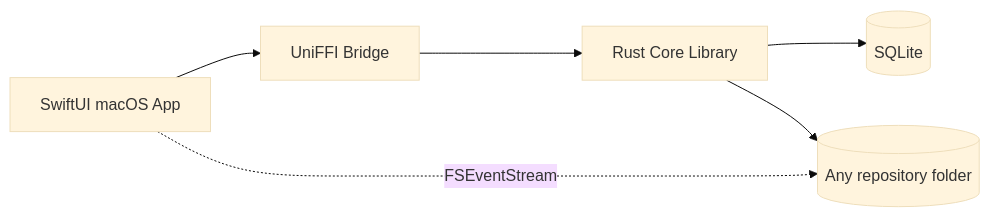
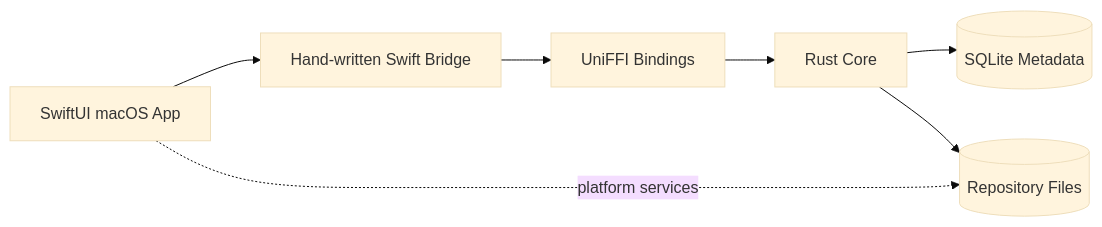
Before and after one commit to AreaSong/AreaMatrix: the diagram in README.md, drawn with Mermaid (base theme). The commit also changed other lines of this file and 63 other files, not shown here.

````diff
--- a/README.md
+++ b/README.md
@@ -38,13 +68,14 @@
 ```mermaid
 flowchart LR
     UI[SwiftUI macOS App]
-    FFI[UniFFI Bridge]
-    Core[Rust Core Library]
-    DB[(SQLite)]
-    Repo[(Any repository folder)]
+    Bridge[Hand-written Swift Bridge]
+    FFI[UniFFI Bindings]
+    Core[Rust Core]
+    DB[(SQLite Metadata)]
+    FS[(Repository Files)]
 
-    UI --> FFI --> Core
+    UI --> Bridge --> FFI --> Core
     Core --> DB
-    Core --> Repo
-    UI -.FSEventStream.-> Repo
+    Core --> FS
+    UI -. platform services .-> FS
 ```
````
